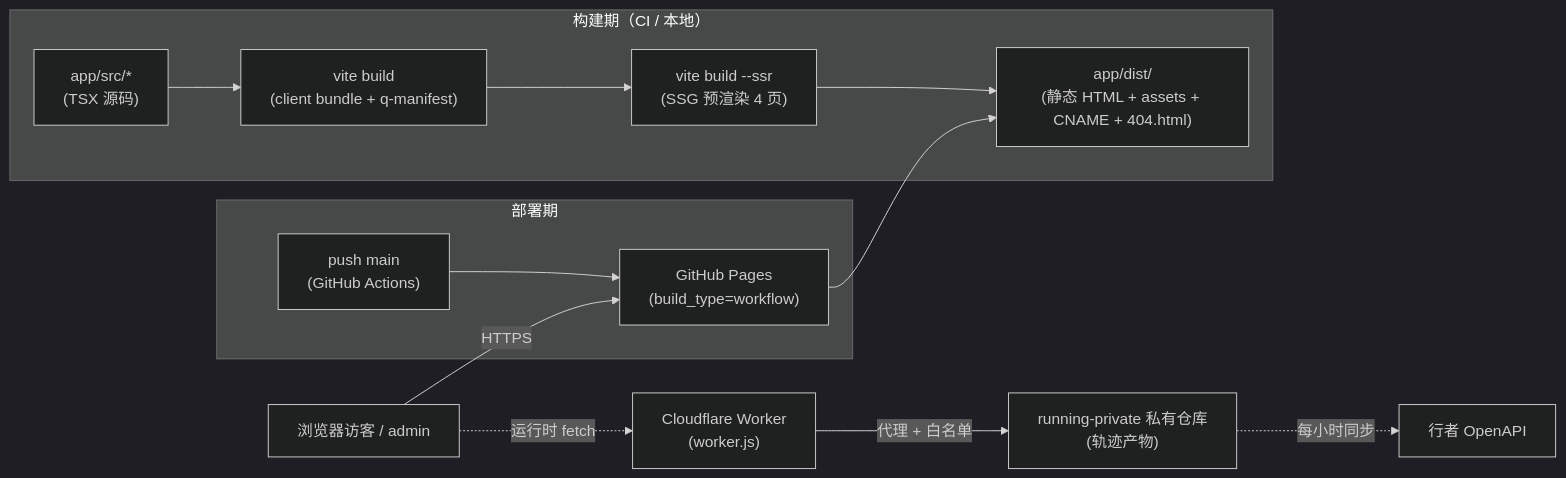
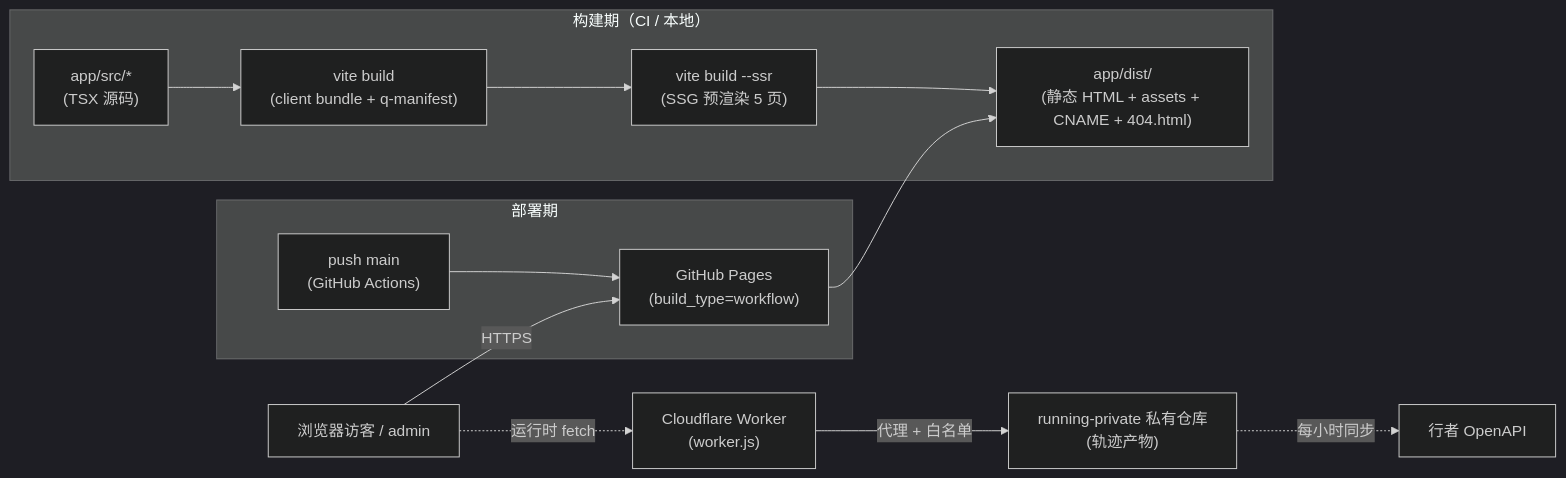
One commit to GuoxinL/guoxin.space changed the first of 4 diagrams in .harness/docs/architecture.md. Above: the diagram before and after it, drawn with Mermaid (dark theme). The commit also changed other lines of this file and 15 other files, not shown here.

````diff
--- a/.harness/docs/architecture.md
+++ b/.harness/docs/architecture.md
@@ -19,21 +19,21 @@
 ```mermaid
 flowchart LR
     subgraph Build["构建期（CI / 本地）"]
         SRC["app/src/*<br/>(TSX 源码)"]
         VITE["vite build<br/>(client bundle + q-manifest)"]
-        SSR["vite build --ssr<br/>(SSG 预渲染 4 页)"]
+        SSR["vite build --ssr<br/>(SSG 预渲染 5 页)"]
         DIST["app/dist/<br/>(静态 HTML + assets + CNAME + 404.html)"]
         SRC --> VITE --> SSR --> DIST
     end
 
     subgraph Deploy["部署期"]
         PUSH["push main<br/>(GitHub Actions)"]
         PAGES["GitHub Pages<br/>(build_type=workflow)"]
         PUSH --> PAGES --> DIST
     end
 
     USER["浏览器访客 / admin"] -->|HTTPS| PAGES
     USER -.->|运行时 fetch| WORKER["Cloudflare Worker<br/>(worker.js)"]
     WORKER -->|代理 + 白名单| PRIV["running-private 私有仓库<br/>(轨迹产物)"]
     PRIV -.->|每小时同步| XZ["行者 OpenAPI"]
 ```
````
